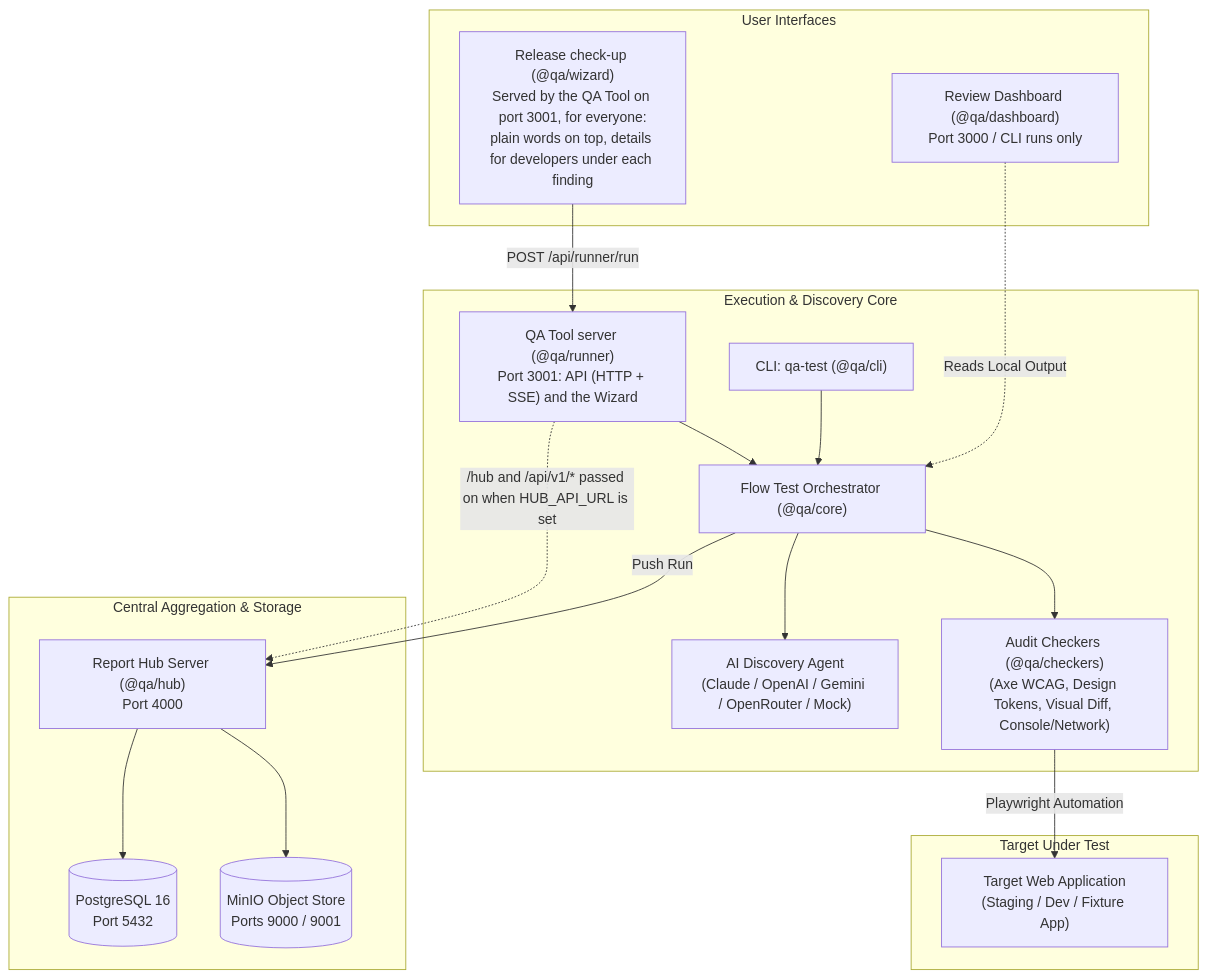
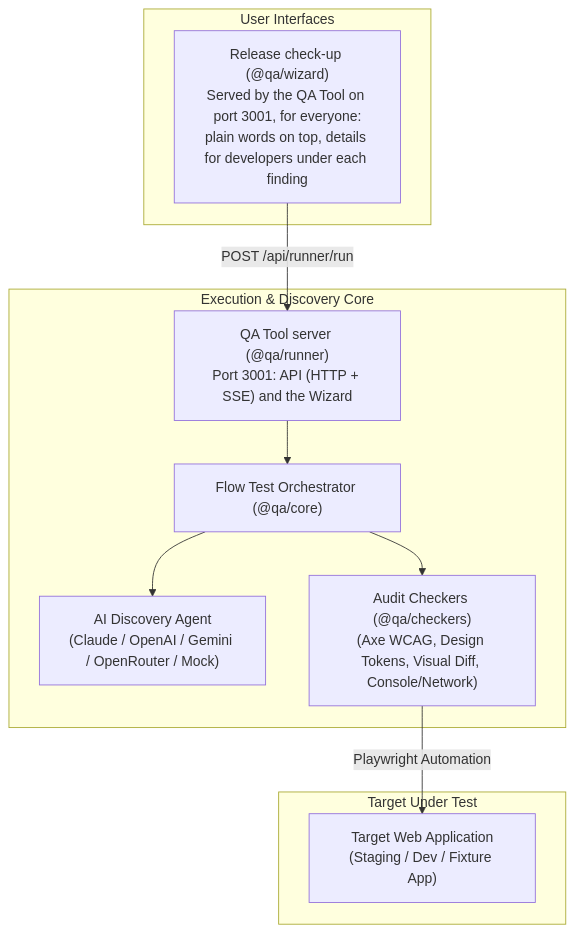
One commit to CJCreator-New/flowtester changed the diagram in README.md. Above: the diagram before and after it, drawn with Mermaid. The commit also changed other lines of this file and 108 other files, not shown here.

````diff
--- a/README.md
+++ b/README.md
@@ -41,37 +33,23 @@
 ```mermaid
 flowchart TD
     subgraph UI ["User Interfaces"]
         Wizard["Release check-up (@qa/wizard)\nServed by the QA Tool on port 3001, for everyone:\nplain words on top, details for developers under each finding"]
-        LocalDash["Review Dashboard (@qa/dashboard)\nPort 3000 / CLI runs only"]
     end
 
     subgraph CoreEngine ["Execution & Discovery Core"]
-        CLI["CLI: qa-test (@qa/cli)"]
         Runner["QA Tool server (@qa/runner)\nPort 3001: API (HTTP + SSE) and the Wizard"]
         Orchestrator["Flow Test Orchestrator (@qa/core)"]
         AI["AI Discovery Agent\n(Claude / OpenAI / Gemini / OpenRouter / Mock)"]
         Checkers["Audit Checkers (@qa/checkers)\n(Axe WCAG, Design Tokens, Visual Diff, Console/Network)"]
-    end
-
-    subgraph HubLayer ["Central Aggregation & Storage"]
-        Hub["Report Hub Server (@qa/hub)\nPort 4000"]
-        Postgres[(PostgreSQL 16\nPort 5432)]
-        MinIO[(MinIO Object Store\nPorts 9000 / 9001)]
     end
 
     subgraph Target ["Target Under Test"]
         App["Target Web Application\n(Staging / Dev / Fixture App)"]
     end
 
     Wizard -->|POST /api/runner/run| Runner
-    Runner -.->|/hub and /api/v1/* passed on when HUB_API_URL is set| Hub
     Runner --> Orchestrator
-    CLI --> Orchestrator
     Orchestrator --> AI
     Orchestrator --> Checkers
     Checkers -->|Playwright Automation| App
-    Orchestrator -->|Push Run| Hub
-    Hub --> Postgres
-    Hub --> MinIO
-    LocalDash -.->|Reads Local Output| Orchestrator
 ```
````
